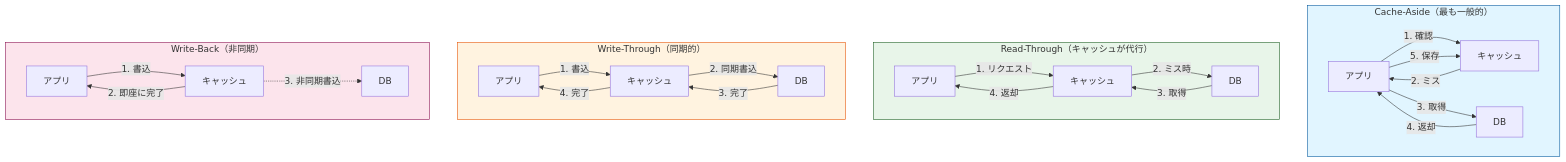
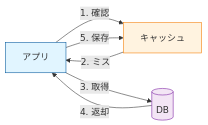
One commit to yasuhisa1984/blog changed the fifth of 19 diagrams in content/posts/cache-strategy-layers.md. Above: the diagram before and after it, drawn with Mermaid. The commit also changed other lines of this file, not shown here.

First line of the commit message:
refactor: 4つのキャッシュパターン図を横並びから縦並びに変更

````diff
--- a/content/posts/cache-strategy-layers.md
+++ b/content/posts/cache-strategy-layers.md
@@ -656,35 +671,16 @@
 ```mermaid
-graph TB
-    subgraph CacheAside["Cache-Aside（最も一般的）"]
-        CA1[アプリ] -->|1. 確認| CA_Cache[キャッシュ]
-        CA_Cache -->|2. ミス| CA1
-        CA1 -->|3. 取得| CA_DB[DB]
-        CA_DB -->|4. 返却| CA1
-        CA1 -->|5. 保存| CA_Cache
-    end
+flowchart LR
+    App[アプリ]
+    Cache[キャッシュ]
+    DB[(DB)]
 
-    subgraph ReadThrough["Read-Through（キャッシュが代行）"]
-        RT1[アプリ] -->|1. リクエスト| RT_Cache[キャッシュ]
-        RT_Cache -->|2. ミス時| RT_DB[DB]
-        RT_DB -->|3. 取得| RT_Cache
-        RT_Cache -->|4. 返却| RT1
-    end
+    App -->|1. 確認| Cache
+    Cache -->|2. ミス| App
+    App -->|3. 取得| DB
+    DB -->|4. 返却| App
+    App -->|5. 保存| Cache
 
-    subgraph WriteThrough["Write-Through（同期的）"]
-        WT1[アプリ] -->|1. 書込| WT_Cache[キャッシュ]
-        WT_Cache -->|2. 同期書込| WT_DB[DB]
-        WT_DB -->|3. 完了| WT_Cache
-        WT_Cache -->|4. 完了| WT1
-    end
-
-    subgraph WriteBack["Write-Back（非同期）"]
-        WB1[アプリ] -->|1. 書込| WB_Cache[キャッシュ]
-        WB_Cache -->|2. 即座に完了| WB1
-        WB_Cache -.->|3. 非同期書込| WB_DB[DB]
-    end
-
-    style CacheAside fill:#e1f5ff,stroke:#01579b
-    style ReadThrough fill:#e8f5e9,stroke:#1b5e20
-    style WriteThrough fill:#fff3e0,stroke:#e65100
-    style WriteBack fill:#fce4ec,stroke:#880e4f
+    style App fill:#e1f5ff,stroke:#01579b
+    style Cache fill:#fff3e0,stroke:#f57c00
+    style DB fill:#f3e5f5,stroke:#7b1fa2
 ```
````
